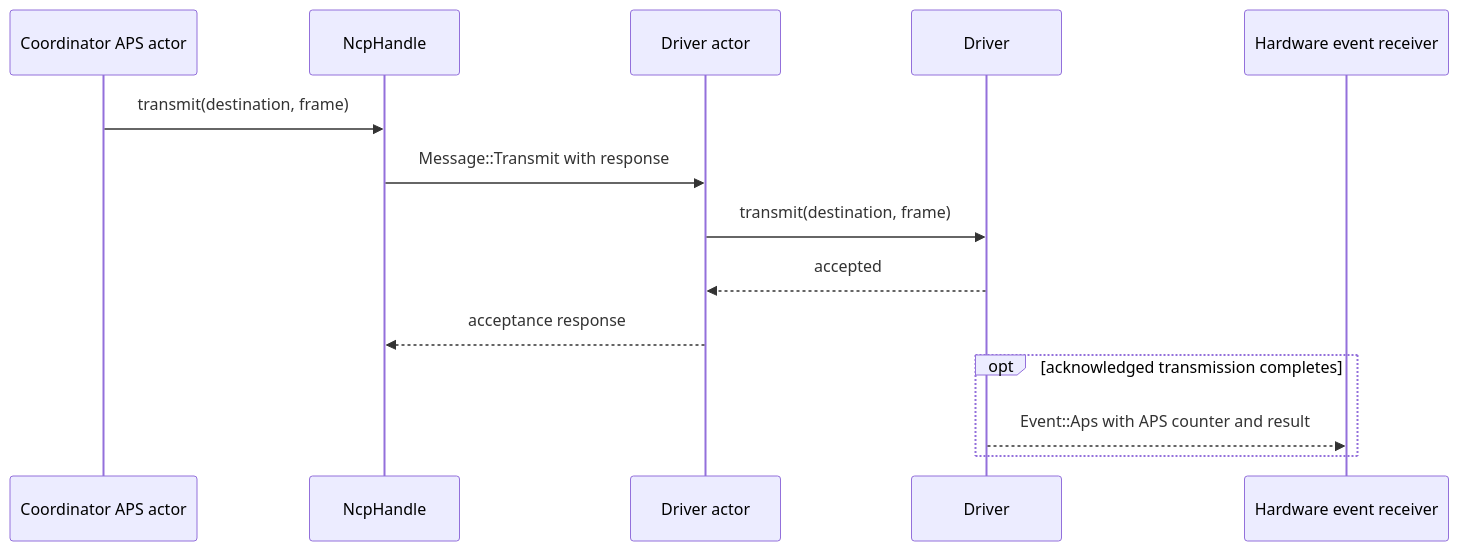
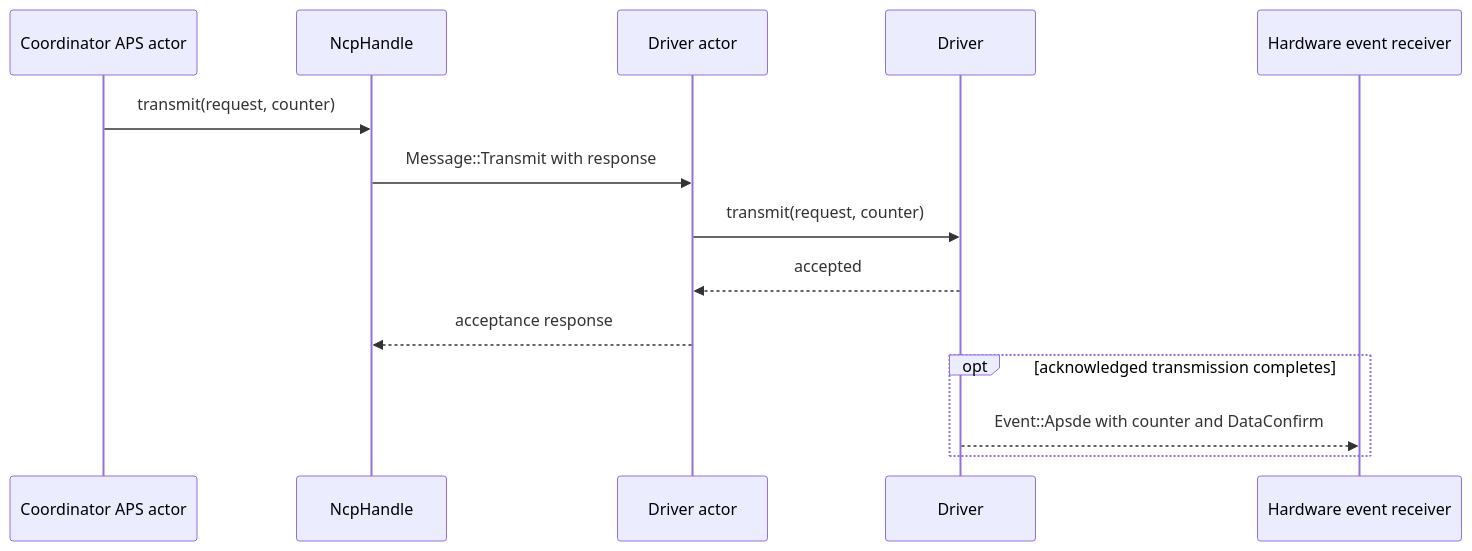
The second of 3 diagrams in hw/ARCHITECTURE.md (PaulmannLighting/apis-saltans), drawn with Mermaid before and after one commit. The commit also changed other lines of this file and 57 other files, not shown here.

Commit message:
Use APSDE layer for coordinator data exchange and HW API.

````diff
--- a/hw/ARCHITECTURE.md
+++ b/hw/ARCHITECTURE.md
@@ -44,17 +45,17 @@
 ```mermaid
 sequenceDiagram
     participant APS as Coordinator APS actor
     participant H as NcpHandle
     participant A as Driver actor
     participant D as Driver
     participant E as Hardware event receiver
 
-    APS->>H: transmit(destination, frame)
+    APS->>H: transmit(request, counter)
     H->>A: Message::Transmit with response
-    A->>D: transmit(destination, frame)
+    A->>D: transmit(request, counter)
     D-->>A: accepted
     A-->>H: acceptance response
     opt acknowledged transmission completes
-        D-->>E: Event::Aps with APS counter and result
+        D-->>E: Event::Apsde with counter and DataConfirm
     end
 ```
````
